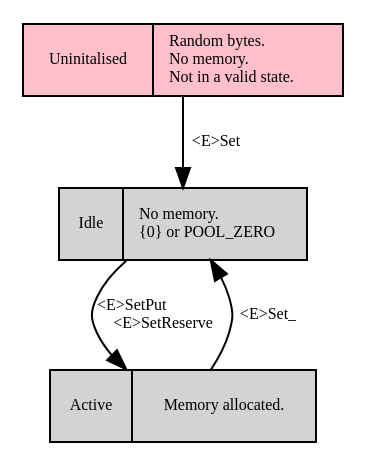
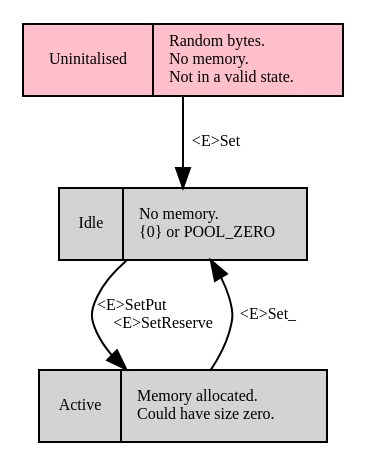
One commit to neil-edelman/boxes changed the diagram in web/states.gv. Above: the diagram before and after it, drawn with Graphviz. The commit also changed 4 other files, not shown here.

```diff
--- a/web/states.gv
+++ b/web/states.gv
@@ -1,15 +1,15 @@
 digraph {
 	//rankdir = LR;
 	fontname = "Bitstream Vera Sans"
 	fontsize = 8
 	node [ fontname = "Bitstream Vera Sans" fontsize = 8 shape = "record" ]
 	edge [ fontname = "Bitstream Vera Sans" fontsize = 8 ]
 
 	node [ shape=record, style=filled ];
 	null [ label = "Uninitalised|Random bytes.\lNo memory.\lNot in a valid state.\l", fillcolor = pink ];
 	static [ label = "Idle|No memory.\l\{0\} or POOL_ZERO\l" ];
-	dynamic [ label = "Active|Memory allocated.\n" ];
+	dynamic [ label = "Active|Memory allocated.\lCould have size zero.\l" ];
 	null -> static [ label = "<E>Set" ];
 	static -> dynamic [ label = "<E>SetPut\l<E>SetReserve" ];
 	dynamic -> static [ label = "<E>Set_" ];
 }
```
